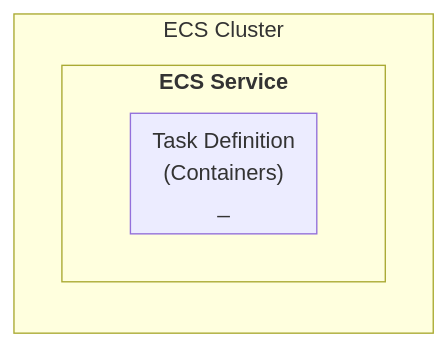
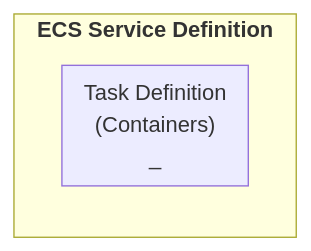
One commit to maxz1985/docs changed the first of 2 diagrams in Writerside/topics/ECS-Service-Definition.md. Above: the diagram before and after it, drawn with Mermaid. The commit also changed other lines of this file and 1 other file, not shown here.

Commit message:
update ECS

````diff
--- a/Writerside/topics/ECS-Service-Definition.md
+++ b/Writerside/topics/ECS-Service-Definition.md
@@ -5,9 +5,7 @@
 ```mermaid
 flowchart LR
-    subgraph "ECS Cluster"
-        subgraph "`**ECS Service**`"
+      subgraph "`**ECS Service Definition**`"
             subgraph "Task Definition</br>(Containers)</br>_"
             end
         end
-    end
 ```
````
